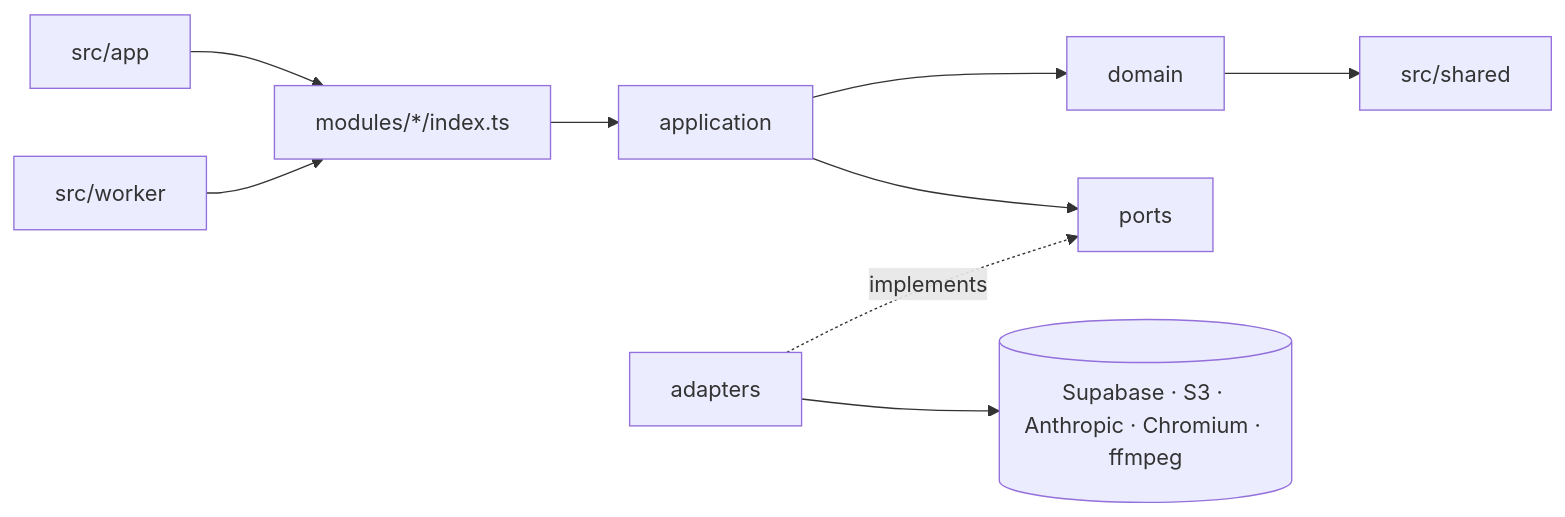
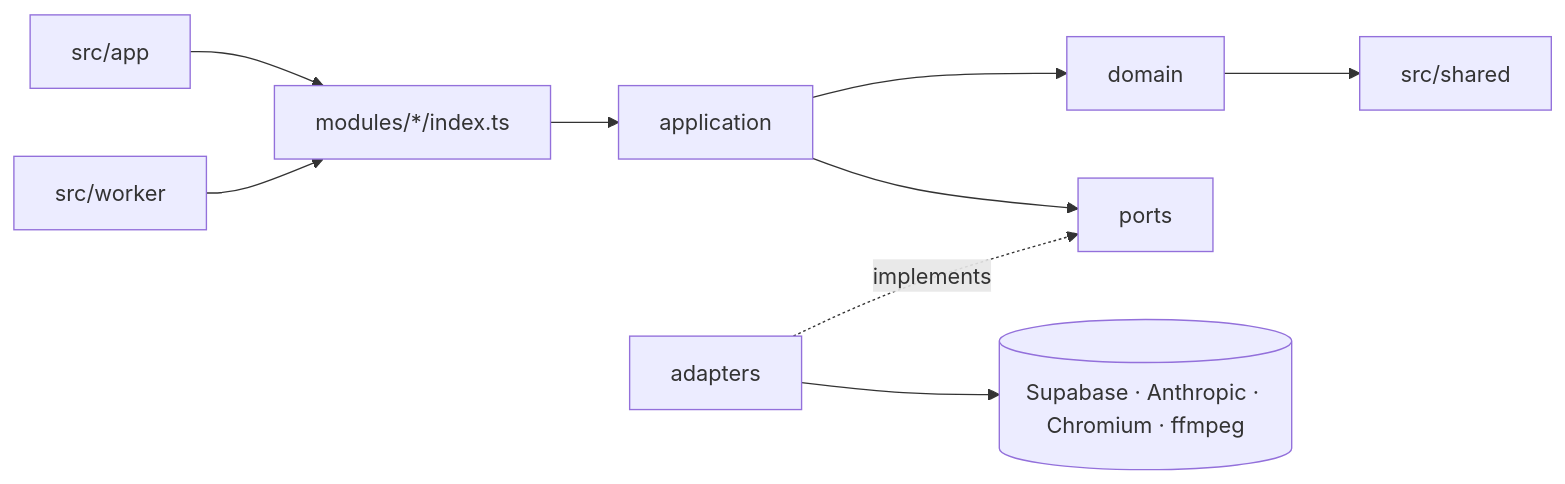
Before and after one commit to mac-sonja/mac-recap: the first of 5 diagrams in _bmad-output/planning-artifacts/architecture/architecture-MAC Recap-2026-10-08/ARCHITECTURE-SPINE.md, drawn with Mermaid. The commit also changed other lines of this file and 9 other files, not shown here.

````diff
--- a/_bmad-output/planning-artifacts/architecture/architecture-MAC Recap-2026-10-08/ARCHITECTURE-SPINE.md
+++ b/_bmad-output/planning-artifacts/architecture/architecture-MAC Recap-2026-10-08/ARCHITECTURE-SPINE.md
@@ -38,11 +38,11 @@
 ```mermaid
 flowchart LR
   UI[src/app] --> IDX[modules/*/index.ts]
   W[src/worker] --> IDX
   IDX --> APP[application]
   APP --> DOM[domain]
   APP --> PORT[ports]
   ADP[adapters] -.implements.-> PORT
-  ADP --> SDK[(Supabase · S3 · Anthropic · Chromium · ffmpeg)]
+  ADP --> SDK[(Supabase · Anthropic · Chromium · ffmpeg)]
   DOM --> SH[src/shared]
 ```
````
